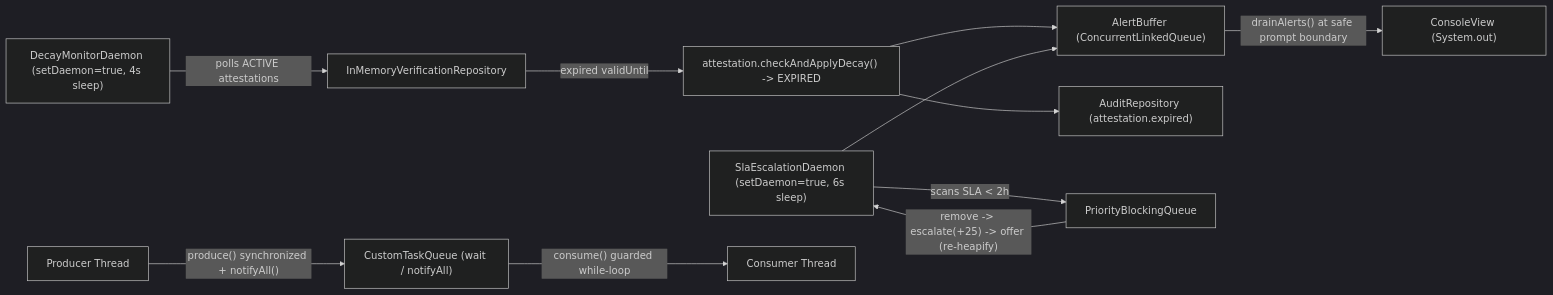
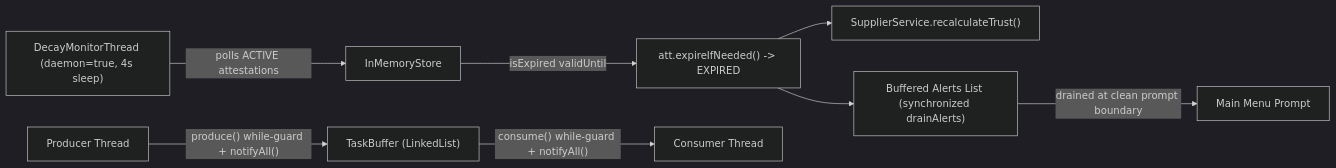
The fifth of 7 diagrams in docs/backend-architecture.md (ArchitSublok/supify), drawn with Mermaid (dark theme) before and after one commit. The commit also changed other lines of this file and 77 other files, not shown here.

Commit message:
refactor(backend): simplify pure-Java backend to 20 files, redraw UML diagrams, and refresh tests

````diff
--- a/docs/backend-architecture.md
+++ b/docs/backend-architecture.md
@@ -645,16 +349,11 @@
 ```mermaid
 flowchart LR
-    DM["DecayMonitorDaemon (setDaemon=true, 4s sleep)"] -->|polls ACTIVE attestations| VR["InMemoryVerificationRepository"]
-    VR -->|expired validUntil| DECAY["attestation.checkAndApplyDecay() -> EXPIRED"]
-    DECAY --> AB["AlertBuffer (ConcurrentLinkedQueue)"]
-    DECAY --> AR["AuditRepository (attestation.expired)"]
+    DM["DecayMonitorThread (daemon=true, 4s sleep)"] -->|polls ACTIVE attestations| IS["InMemoryStore"]
+    IS -->|isExpired validUntil| EXP["att.expireIfNeeded() -> EXPIRED"]
+    EXP --> SS["SupplierService.recalculateTrust()"]
+    EXP --> BUF["Buffered Alerts List (synchronized drainAlerts)"]
+    BUF -->|drained at clean prompt boundary| CLI["Main Menu Prompt"]
 
-    SLA["SlaEscalationDaemon (setDaemon=true, 6s sleep)"] -->|"scans SLA < 2h"| PQ["PriorityBlockingQueue"]
-    PQ -->|"remove -> escalate(+25) -> offer (re-heapify)"| SLA
-    SLA --> AB
-
-    AB -->|"drainAlerts() at safe prompt boundary"| CV["ConsoleView (System.out)"]
-
-    PROD["Producer Thread"] -->|"produce() synchronized + notifyAll()"| CTQ["CustomTaskQueue (wait / notifyAll)"]
-    CTQ -->|"consume() guarded while-loop"| CONS["Consumer Thread"]
+    PROD["Producer Thread"] -->|"produce() while-guard + notifyAll()"| TB["TaskBuffer (LinkedList)"]
+    TB -->|"consume() while-guard + notifyAll()"| CONS["Consumer Thread"]
 ```
````
